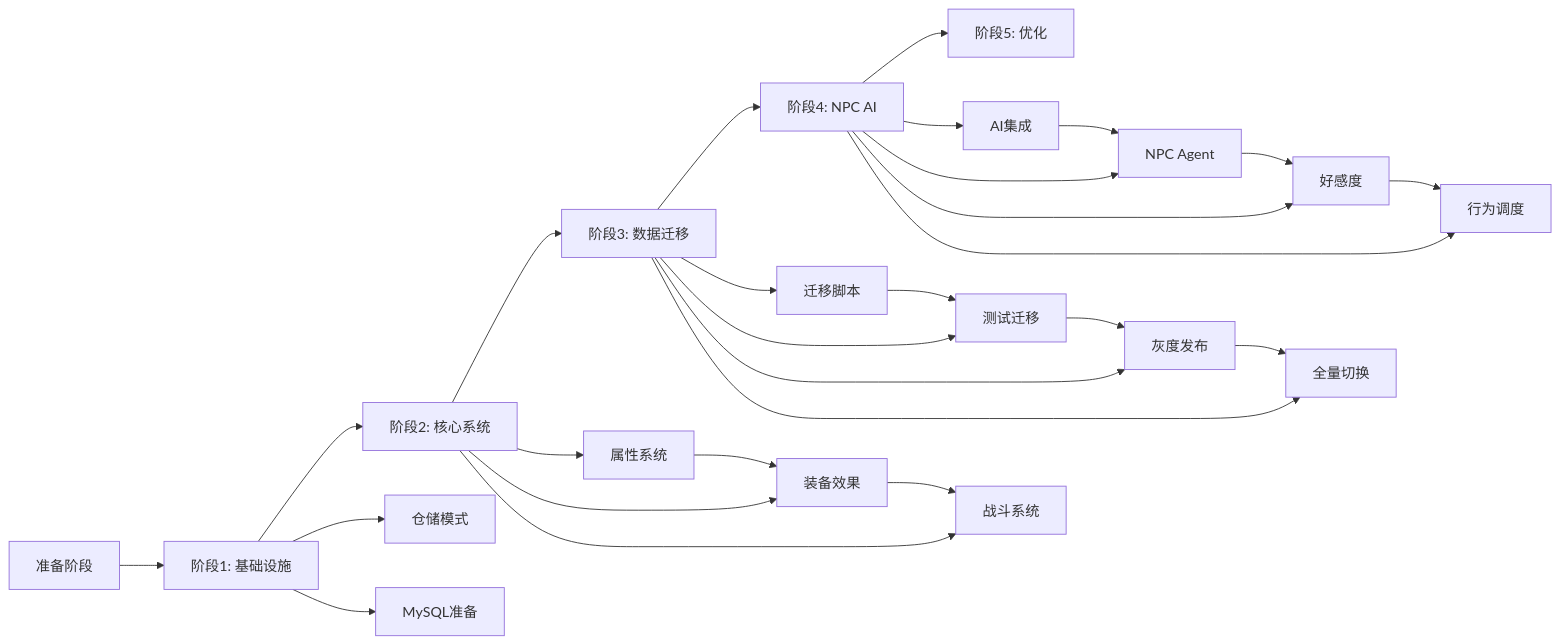
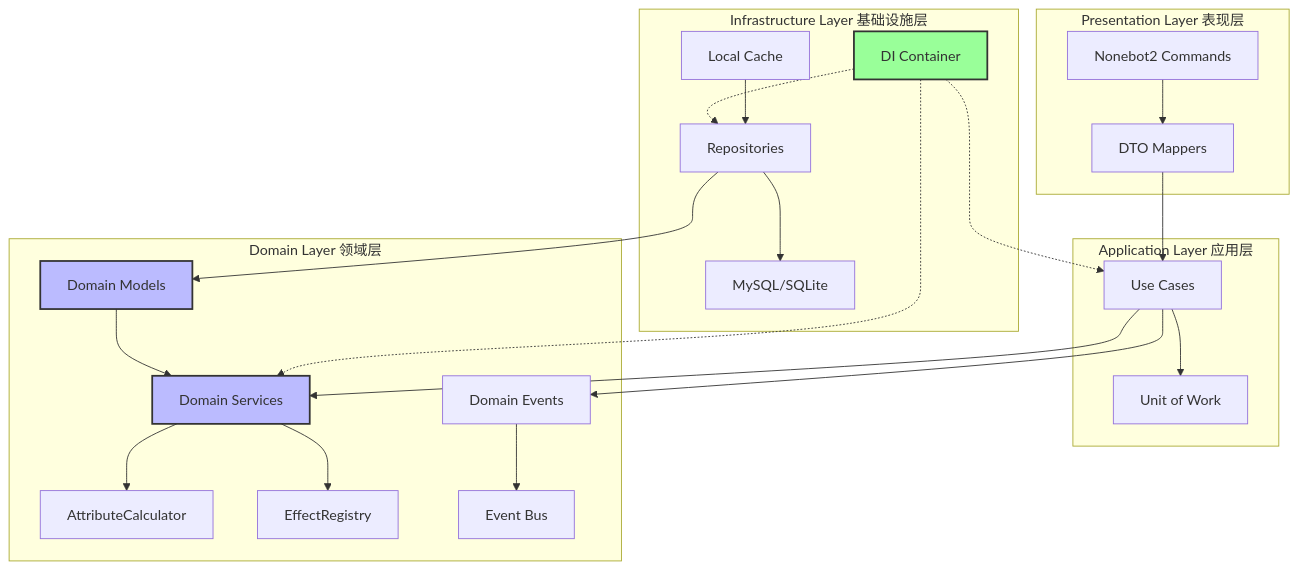
One commit to oversk7/GuiXiuXian-QQBot changed the third of 3 diagrams in REFACTORING_PLAN.md. Above: the diagram before and after it, drawn with Mermaid. The commit also changed other lines of this file, not shown here.

````diff
--- a/REFACTORING_PLAN.md
+++ b/REFACTORING_PLAN.md
@@ -2550,36 +827,34 @@
 ```mermaid
-graph LR
-    P[准备阶段] --> A[阶段1: 基础设施]
-    A --> B[阶段2: 核心系统]
-    B --> C[阶段3: 数据迁移]
-    C --> D[阶段4: NPC AI]
-    D --> E[阶段5: 优化]
+graph TB
+    subgraph "Presentation Layer 表现层"
+        A[Nonebot2 Commands] --> B[DTO Mappers]
+    end
 
-    A --> A1[仓储模式]
-    A --> A2[MySQL准备]
+    subgraph "Application Layer 应用层"
+        C[Use Cases] --> D[Unit of Work]
+    end
 
-    B --> B1[属性系统]
-    B --> B2[装备效果]
-    B --> B3[战斗系统]
+    subgraph "Domain Layer 领域层"
+        E[Domain Models] --> F[Domain Services]
+        F --> G[AttributeCalculator]
+        F --> H[EffectRegistry]
+        I[Domain Events] --> J[Event Bus]
+    end
 
-    B1 --> B2
-    B2 --> B3
+    subgraph "Infrastructure Layer 基础设施层"
+        K[Repositories] --> L[MySQL/SQLite]
+        M[DI Container] -.-> K
+        M -.-> F
+        M -.-> C
+        N[Local Cache] --> K
+    end
 
-    C --> C1[迁移脚本]
-    C --> C2[测试迁移]
-    C --> C3[灰度发布]
-    C --> C4[全量切换]
+    B --> C
+    C --> F
+    C --> I
+    K --> E
 
-    C1 --> C2
-    C2 --> C3
-    C3 --> C4
-
-    D --> D1[AI集成]
-    D --> D2[NPC Agent]
-    D --> D3[好感度]
-    D --> D4[行为调度]
-
-    D1 --> D2
-    D2 --> D3
-    D3 --> D4
+    style E fill:#bbf,stroke:#333,stroke-width:2px
+    style F fill:#bbf,stroke:#333,stroke-width:2px
+    style M fill:#9f9,stroke:#333,stroke-width:2px
 ```
````
